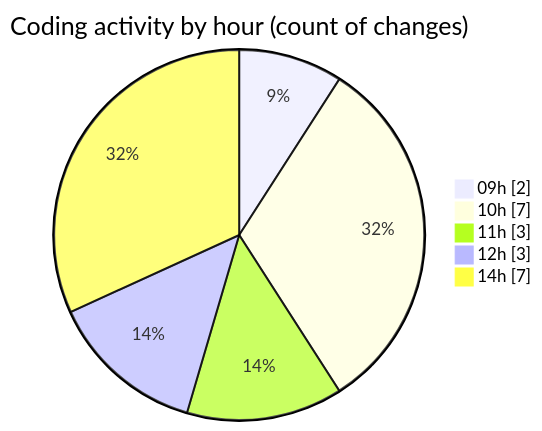
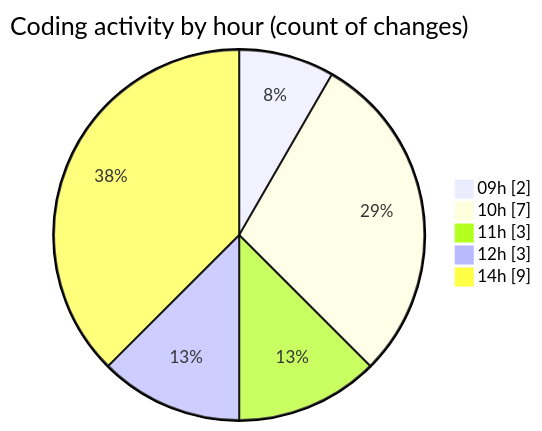
The second of 2 diagrams in 2026-03-02/typescript/README.md (igalym/code-tracking), drawn with Mermaid before and after one commit. The commit also changed other lines of this file and 1 other file, not shown here.

````diff
--- a/2026-03-02/typescript/README.md
+++ b/2026-03-02/typescript/README.md
@@ -34,9 +34,9 @@
 ```mermaid
 pie showData
 title Coding activity by hour (count of changes)
 "09h" : 2
 "10h" : 7
 "11h" : 3
 "12h" : 3
-"14h" : 7
+"14h" : 9
 ```
````
